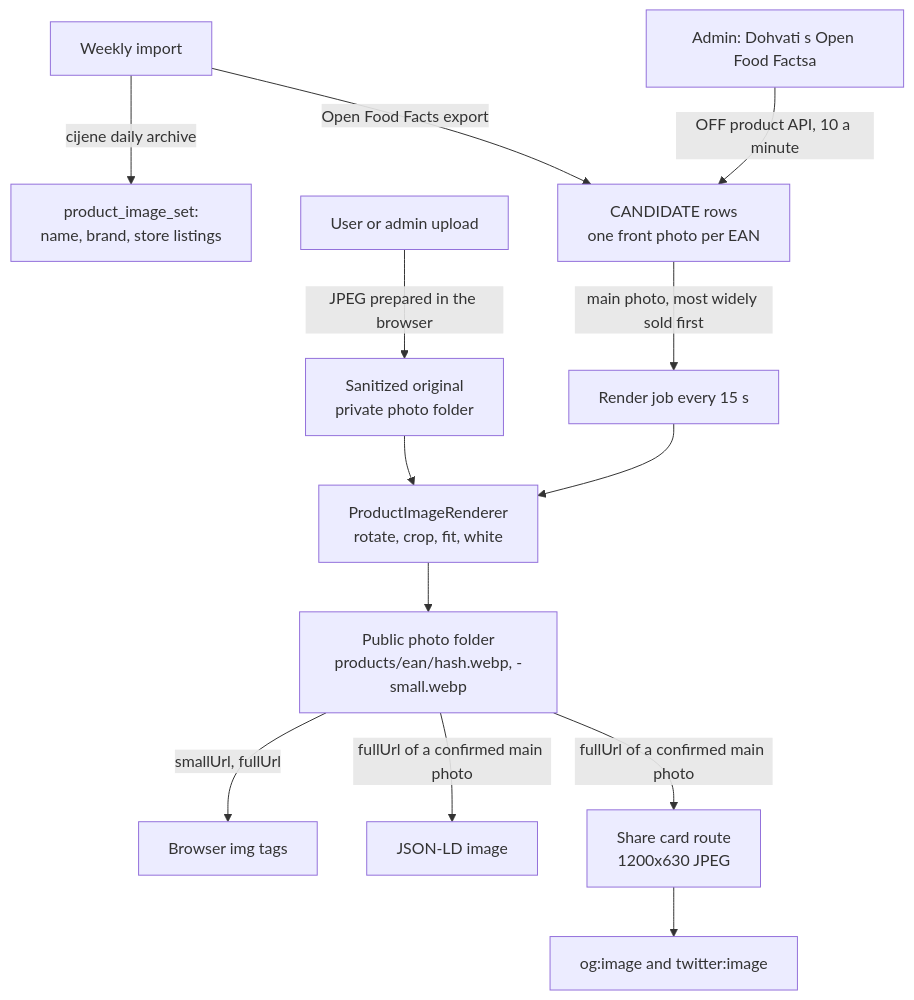
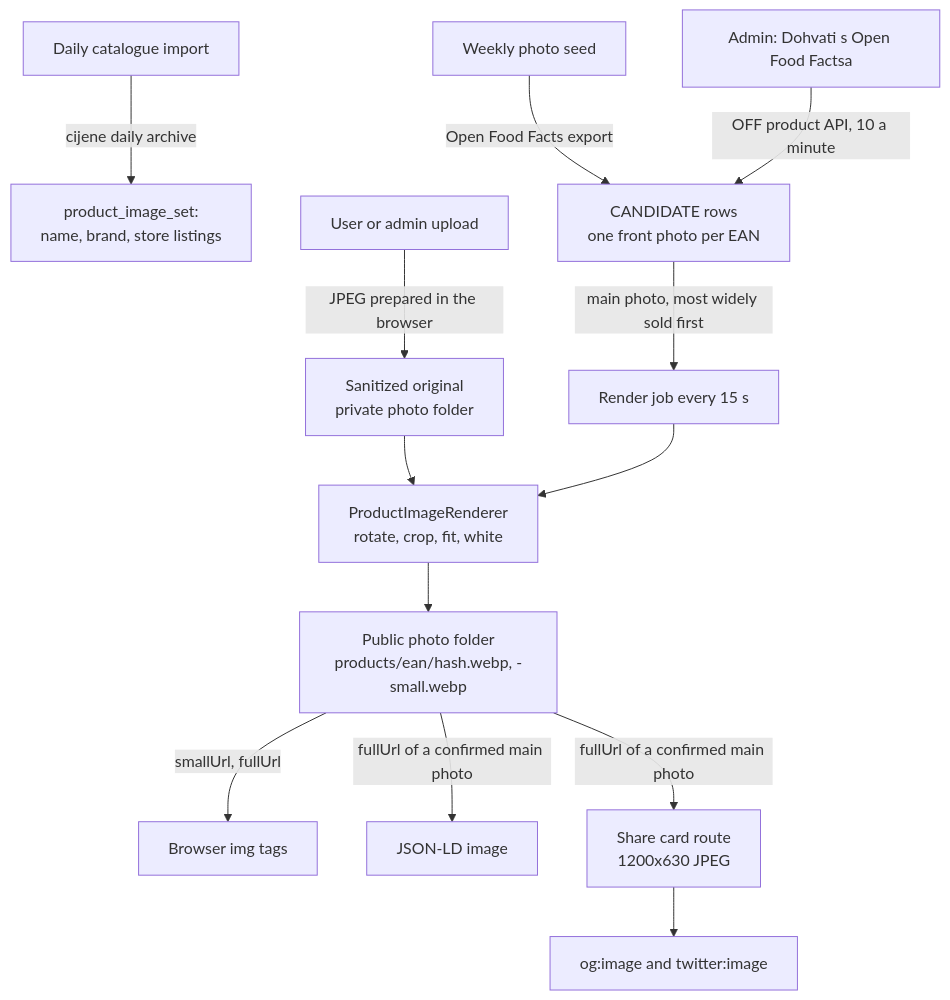
Before and after one commit to OffCrazyFreak/Disscount: the first of 2 diagrams in docs/PRODUCT-IMAGES.md, drawn with Mermaid. The commit also changed other lines of this file and 6 other files, not shown here.

````diff
--- a/docs/PRODUCT-IMAGES.md
+++ b/docs/PRODUCT-IMAGES.md
@@ -28,15 +28,15 @@
 ```mermaid
 flowchart TD
-    W[Weekly import] -->|cijene daily archive| S[product_image_set:<br/>name, brand, store listings]
-    W -->|Open Food Facts export| C[CANDIDATE rows<br/>one front photo per EAN]
+    W[Daily catalogue import] -->|cijene daily archive| S[product_image_set:<br/>name, brand, store listings]
+    OS[Weekly photo seed] -->|Open Food Facts export| C[CANDIDATE rows<br/>one front photo per EAN]
     A[Admin: Dohvati s Open Food Factsa] -->|OFF product API, 10 a minute| C
     U[User or admin upload] -->|JPEG prepared in the browser| O[Sanitized original<br/>private photo folder]
     O --> R
     C -->|main photo, most widely sold first| J[Render job every 15 s]
     J --> R[ProductImageRenderer<br/>rotate, crop, fit, white]
     R --> P["Public photo folder<br/>products/ean/hash.webp, -small.webp"]
     P -->|smallUrl, fullUrl| B[Browser img tags]
     P -->|fullUrl of a confirmed main photo| LD[JSON-LD image]
     P -->|fullUrl of a confirmed main photo| CARD["Share card route<br/>1200x630 JPEG"]
     CARD --> SEO[og:image and twitter:image]
 ```
````
